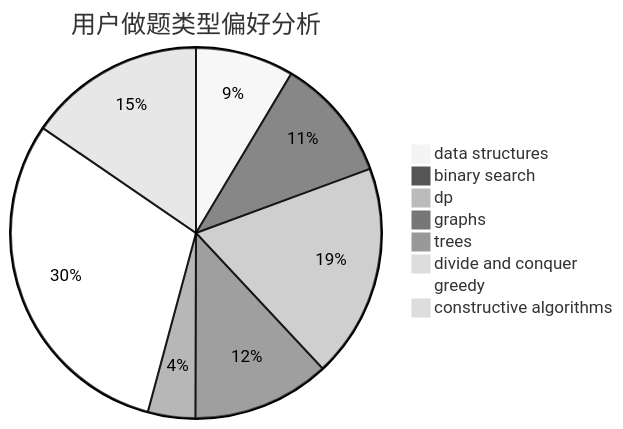
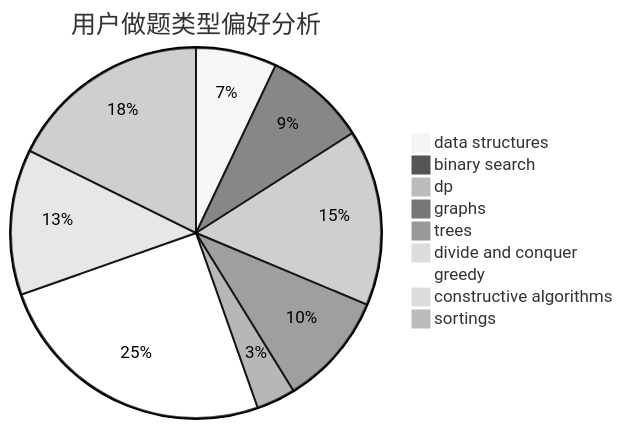
Before and after one commit to sherpahu/cfrs.github.io: the second of 3 diagrams in docs/user/u860.md, drawn with Mermaid (neutral theme). The commit also changed other lines of this file and 2769 other files, not shown here.

````diff
--- a/docs/user/u860.md
+++ b/docs/user/u860.md
@@ -23,11 +18,12 @@
 ```mermaid
 pie title 用户做题类型偏好分析
     "data structures" :  85
     "binary search" :  107
     "dp" :  185
     "graphs" :  119
     "trees" :  41
     "divide and conquer" :  2
     "greedy" :  301
     "constructive algorithms" :  153
+    "sortings" :  213
 ```
````
